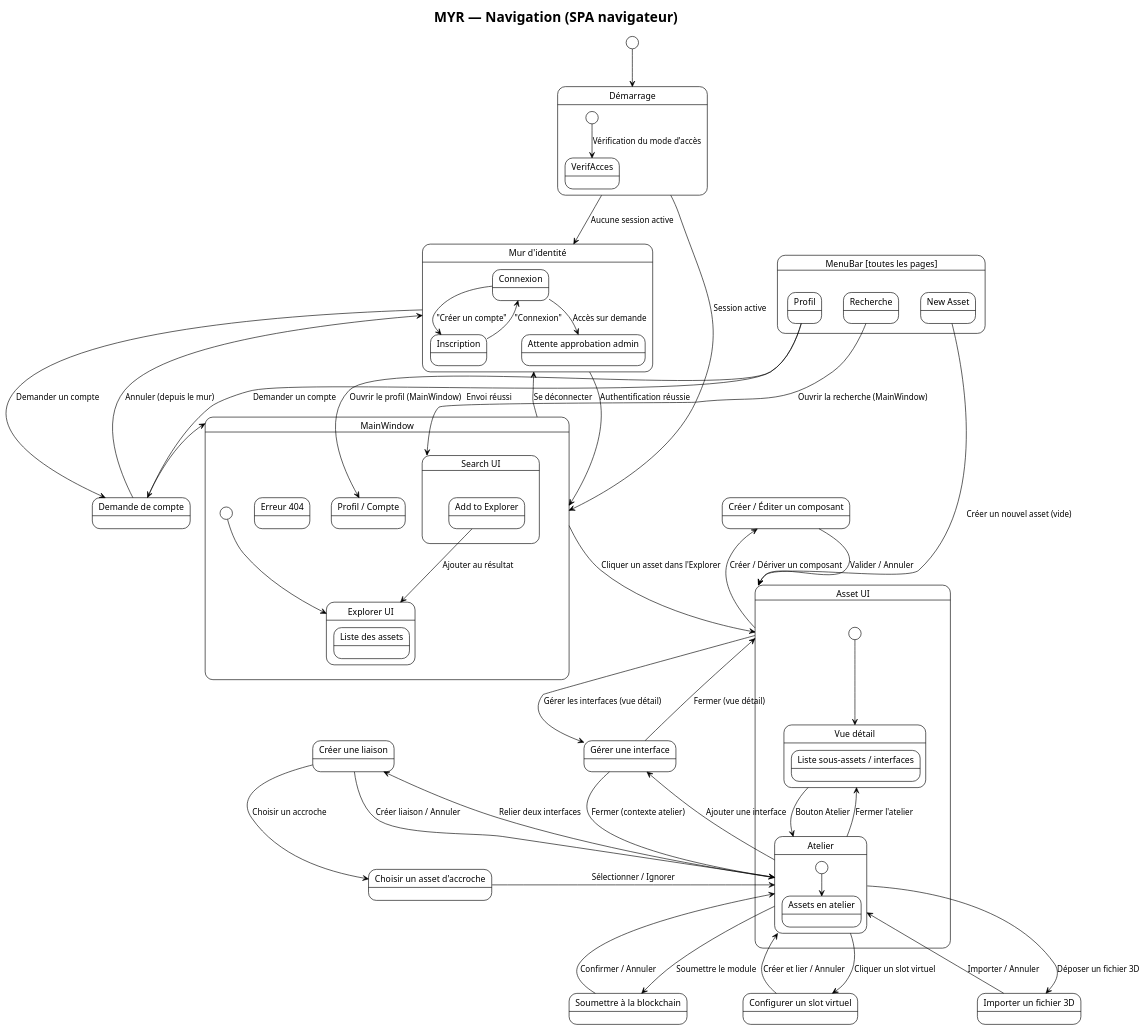
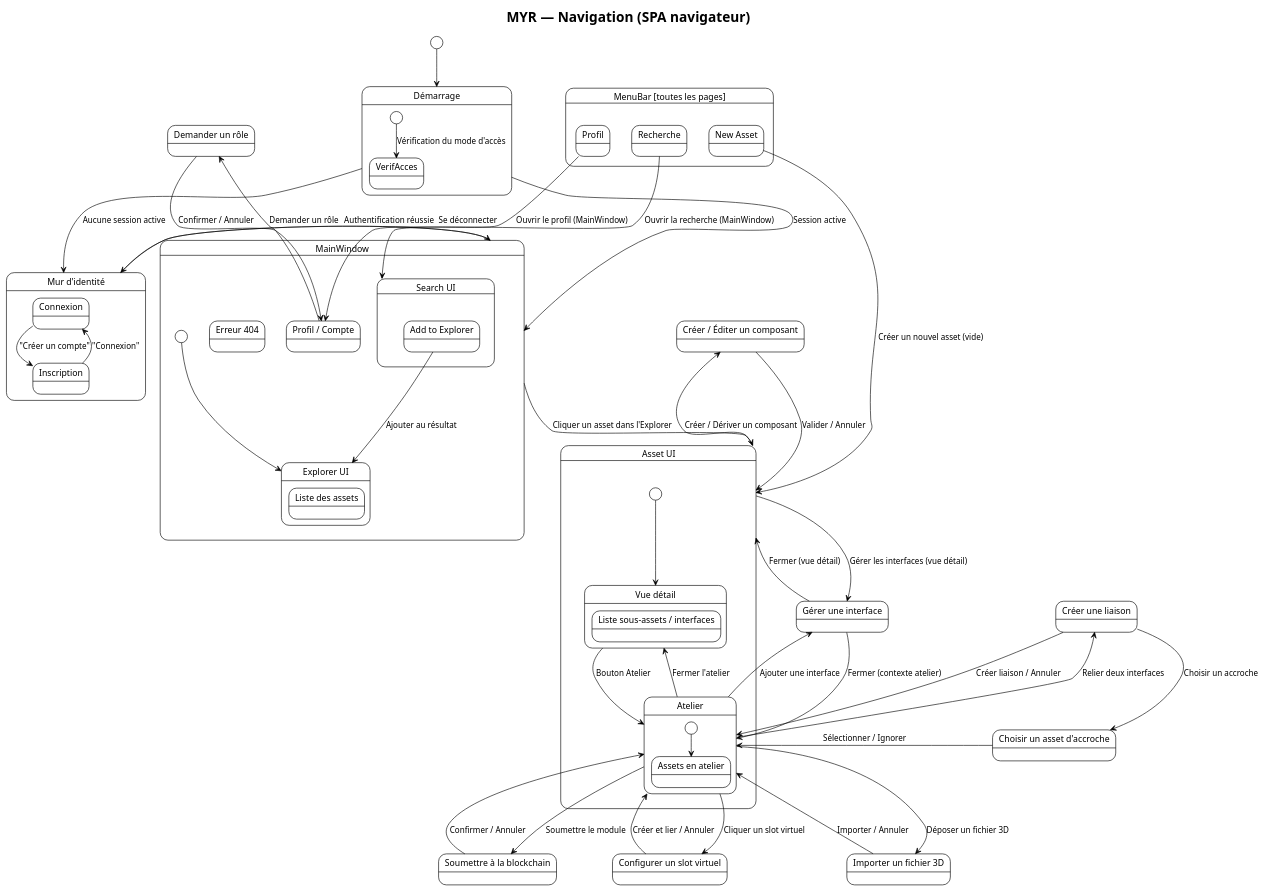
The first of 2 diagrams in specs/1-Expression/UCIG-Interface_Graphique/UCIG01.md (olivaux/myr), drawn with PlantUML before and after one commit. The commit also changed other lines of this file and 7 other files, not shown here.

```diff
--- a/specs/1-Expression/UCIG-Interface_Graphique/UCIG01.md
+++ b/specs/1-Expression/UCIG-Interface_Graphique/UCIG01.md
@@ -32,13 +32,10 @@
 state "Mur d'identité" as MurIdentite {
   state "Connexion" as IW_Login
   state "Inscription" as IW_Register
-  state "Attente approbation admin" as IW_Wait
   IW_Login    --> IW_Register : "Créer un compte"
   IW_Register --> IW_Login    : "Connexion"
-  IW_Login    --> IW_Wait     : Accès sur demande
 }
 MurIdentite --> MainWindow     : Authentification réussie
-MurIdentite --> ModaleRequete  : Demander un compte
 
 ' ── MenuBar (persistante sur toutes les pages) ──────────────────────────────
 state "MenuBar [toutes les pages]" as MenuBar {
@@ -90,7 +87,7 @@
 state "Créer une liaison"           as MadaleLiaison
 state "Choisir un asset d'accroche" as FastenerPicker
 state "Importer un fichier 3D"      as ModaleImport
-state "Demande de compte"           as ModaleRequete
+state "Demander un rôle"            as ModaleRole
 
 ' depuis Asset UI
 AssetUI --> ModaleAsset : Créer / Dériver un composant
@@ -104,8 +101,8 @@
 Atelier --> ModaleSubmit     : Soumettre le module
 MadaleLiaison --> FastenerPicker : Choisir un accroche
 
-' depuis MenuBar / profil
-MB_Profil --> ModaleRequete : Demander un compte
+' depuis Profil / Compte
+AccountUI --> ModaleRole : Demander un rôle
 
 ' retour des modales
 ModaleAsset    --> AssetUI   : Valider / Annuler
@@ -116,8 +113,7 @@
 MadaleLiaison  --> Atelier   : Créer liaison / Annuler
 FastenerPicker --> Atelier   : Sélectionner / Ignorer
 ModaleImport   --> Atelier   : Importer / Annuler
-ModaleRequete  --> MainWindow  : Envoi réussi
-ModaleRequete  --> MurIdentite : Annuler (depuis le mur)
+ModaleRole     --> AccountUI : Confirmer / Annuler
 
 ' déconnexion
 MainWindow --> MurIdentite : Se déconnecter
```
